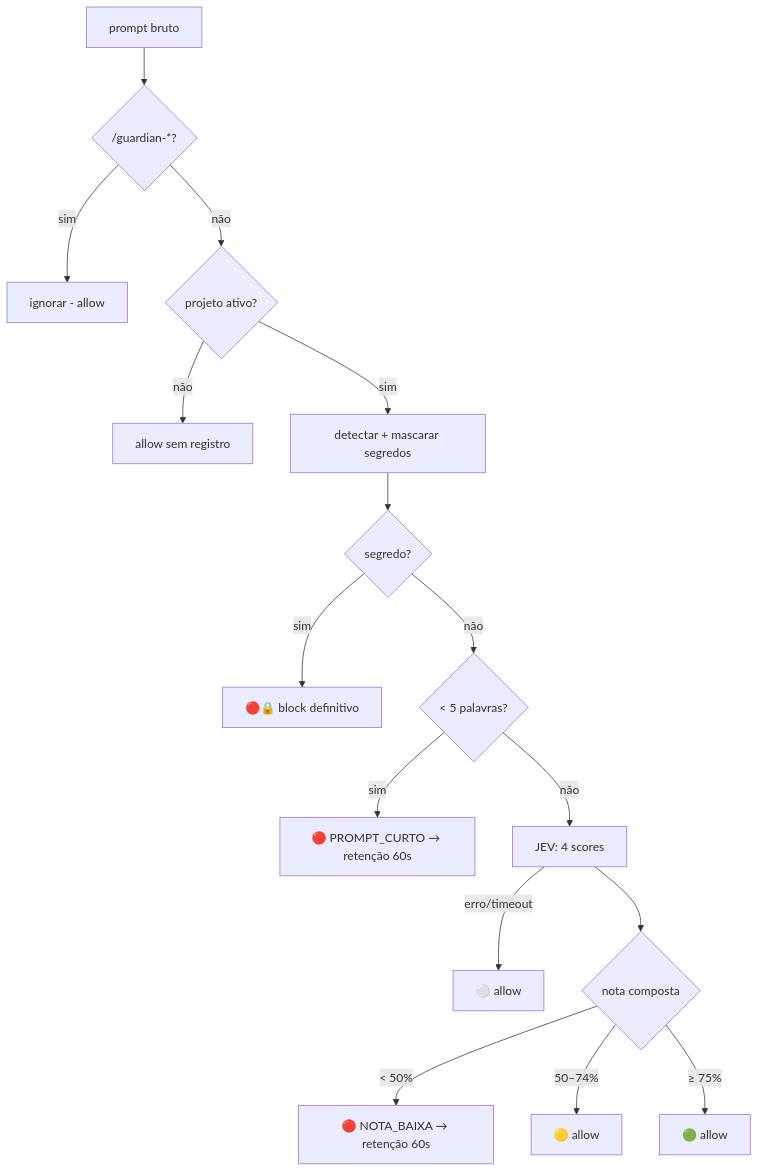
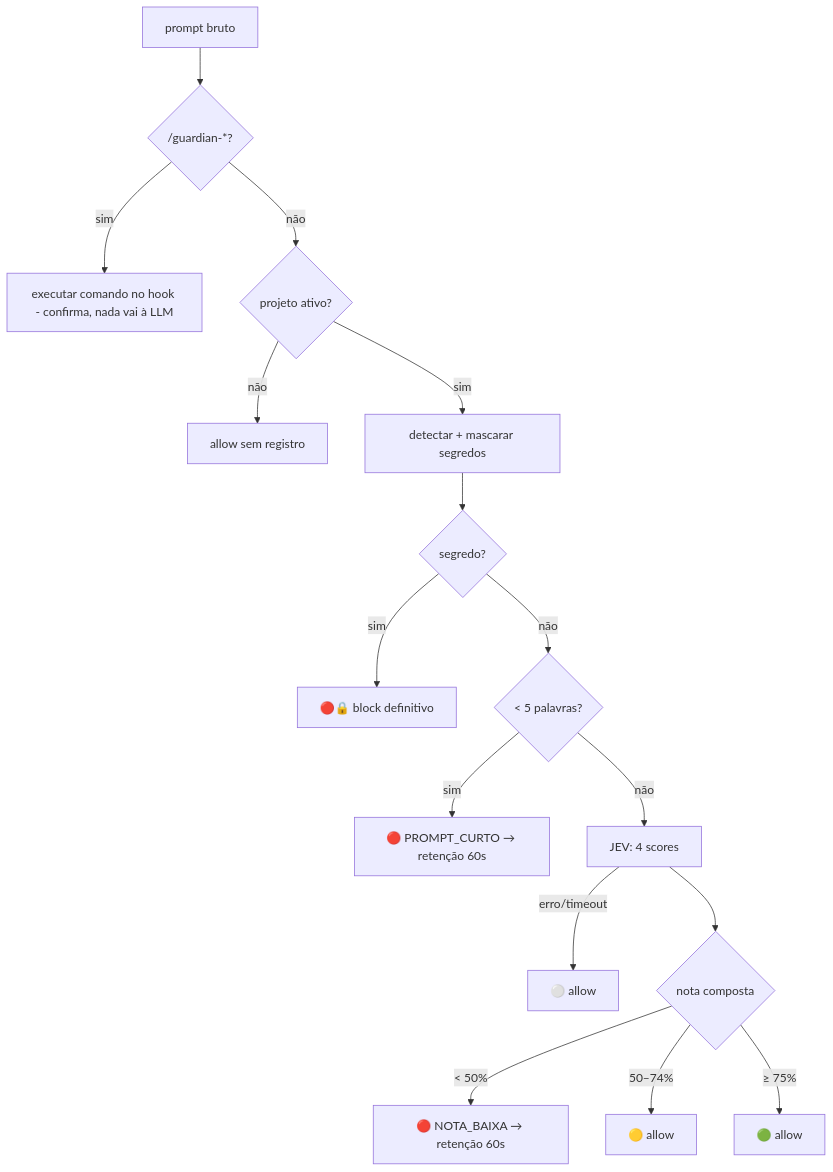
The diagram in vault/03_ARCHITECTURE/ARCHITECTURE.md (daniilooo/guardIAn), drawn with Mermaid before and after one commit. The commit also changed 11 other files, not shown here.

````diff
--- a/vault/03_ARCHITECTURE/ARCHITECTURE.md
+++ b/vault/03_ARCHITECTURE/ARCHITECTURE.md
@@ -26,18 +26,18 @@
 ```mermaid
 flowchart TD
   A[prompt bruto] --> B{/guardian-*?}
-  B -- sim --> X1[ignorar - allow]
+  B -- sim --> X1[executar comando no hook - confirma, nada vai à LLM]
   B -- não --> C{projeto ativo?}
   C -- não --> X2[allow sem registro]
   C -- sim --> D[detectar + mascarar segredos]
   D --> E{segredo?}
   E -- sim --> X3[🔴🔒 block definitivo]
   E -- não --> F{< 5 palavras?}
   F -- sim --> R[🔴 PROMPT_CURTO → retenção 60s]
   F -- não --> G[JEV: 4 scores]
   G -- erro/timeout --> X4[⚪ allow]
   G --> H{nota composta}
   H -- < 50% --> R2[🔴 NOTA_BAIXA → retenção 60s]
   H -- 50–74% --> X5[🟡 allow]
   H -- ≥ 75% --> X6[🟢 allow]
 ```
````
